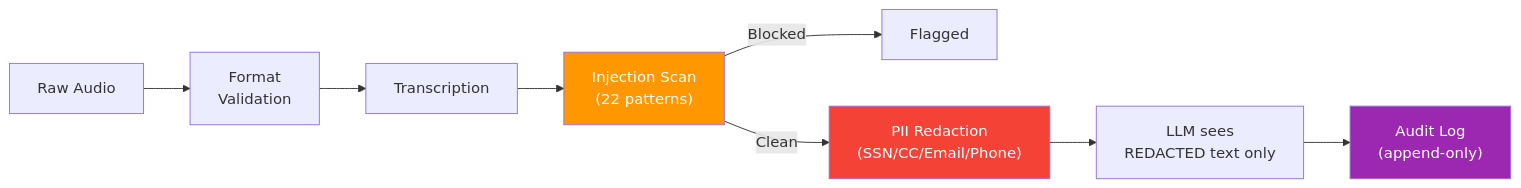
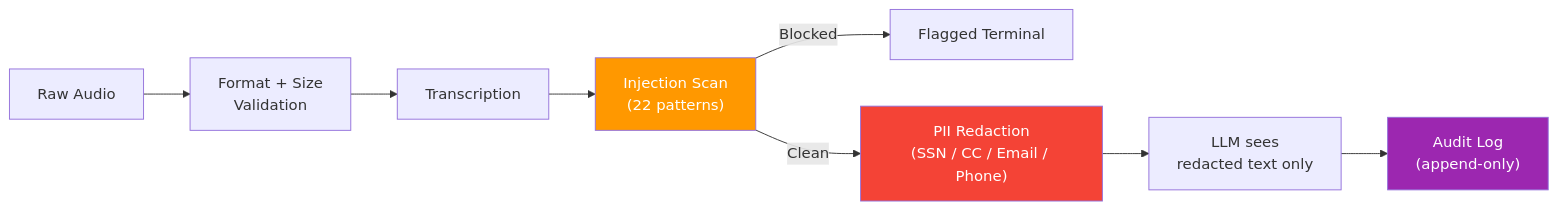
One commit to ANI-IN/Call-Center-Intelligence-System changed the seventh of 7 diagrams in README.md. Above: the diagram before and after it, drawn with Mermaid. The commit also changed other lines of this file, not shown here.

````diff
--- a/README.md
+++ b/README.md
@@ -438,14 +453,14 @@
 ```mermaid
 graph LR
-    A[Raw Audio] --> B[Format<br/>Validation]
+    A[Raw Audio] --> B[Format + Size<br/>Validation]
     B --> C[Transcription]
     C --> D["Injection Scan<br/>(22 patterns)"]
-    D -->|Blocked| E[Flagged]
-    D -->|Clean| F["PII Redaction<br/>(SSN/CC/Email/Phone)"]
-    F --> G["LLM sees<br/>REDACTED text only"]
+    D -->|Blocked| E[Flagged Terminal]
+    D -->|Clean| F["PII Redaction<br/>(SSN / CC / Email / Phone)"]
+    F --> G["LLM sees<br/>redacted text only"]
     G --> H["Audit Log<br/>(append-only)"]
 
     style D fill:#FF9800,color:white
     style F fill:#f44336,color:white
     style H fill:#9C27B0,color:white
 ```
````
